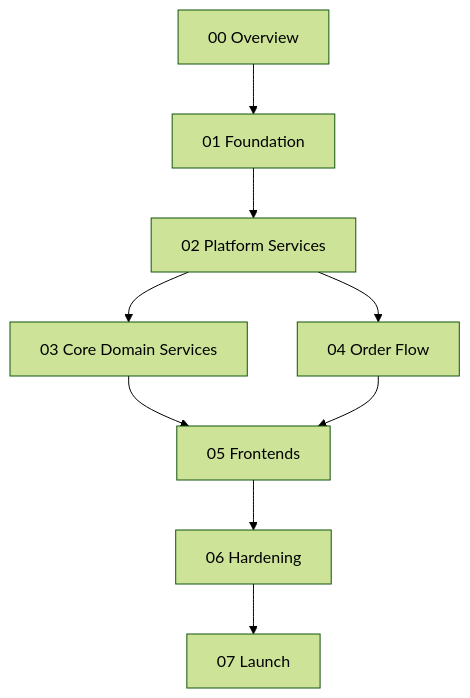
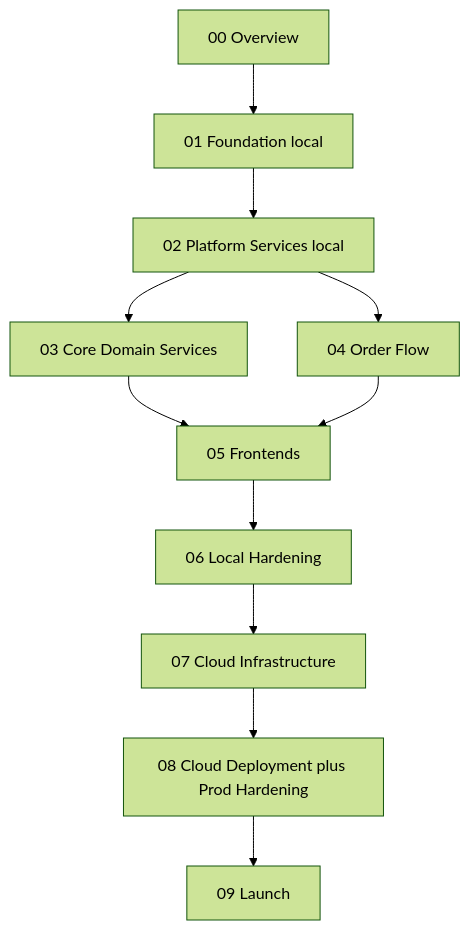
One commit to dvlpr-anas/ecommerce-system-design changed the diagram in plan/00-overview/phase-map.md. Above: the diagram before and after it, drawn with Mermaid (forest theme). The commit also changed other lines of this file and 76 other files, not shown here.

````diff
--- a/plan/00-overview/phase-map.md
+++ b/plan/00-overview/phase-map.md
@@ -5,11 +9,13 @@
 ```mermaid
 flowchart TD
-    P00[00 Overview] --> P01[01 Foundation]
-    P01 --> P02[02 Platform Services]
+    P00[00 Overview] --> P01[01 Foundation local]
+    P01 --> P02[02 Platform Services local]
     P02 --> P03[03 Core Domain Services]
     P02 --> P04[04 Order Flow]
     P03 --> P05[05 Frontends]
     P04 --> P05
-    P05 --> P06[06 Hardening]
-    P06 --> P07[07 Launch]
+    P05 --> P06[06 Local Hardening]
+    P06 --> P07[07 Cloud Infrastructure]
+    P07 --> P08[08 Cloud Deployment plus Prod Hardening]
+    P08 --> P09[09 Launch]
 ```
````
